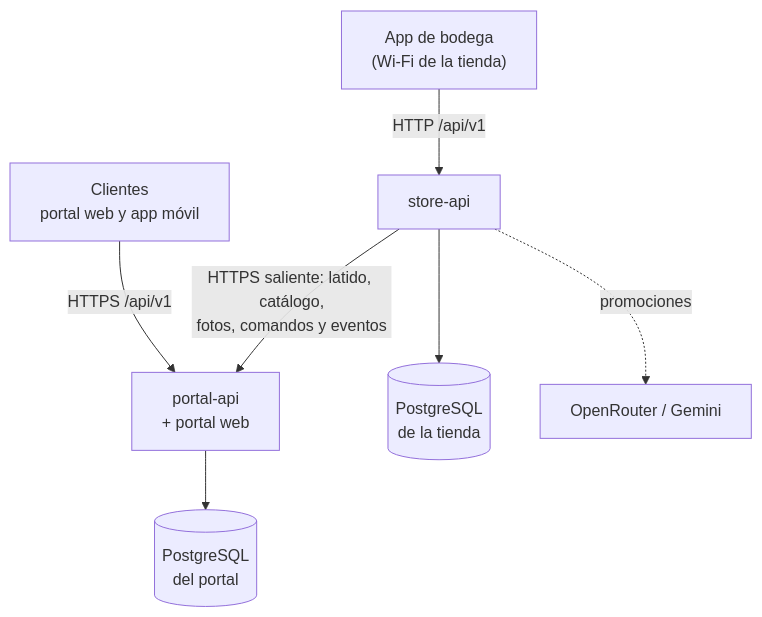
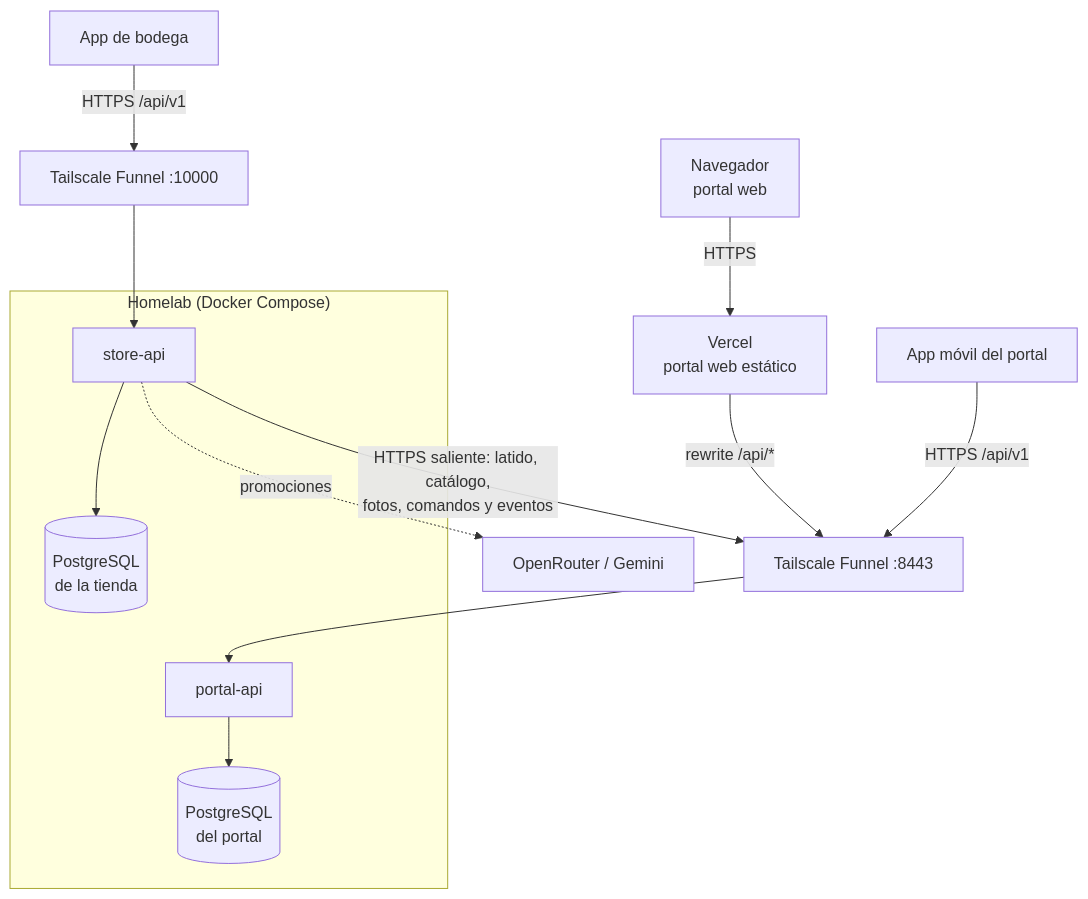
The first of 3 diagrams in README.md (kiramman-mp3/EcosistemaKaren), drawn with Mermaid before and after one commit. The commit also changed other lines of this file, not shown here.

Commit message:
docs: update README for the v1.0.0 homelab and Vercel deployment

````diff
--- a/README.md
+++ b/README.md
@@ -93,9 +97,15 @@
 ```mermaid
 graph TD
-    Cliente["Clientes<br/>portal web y app móvil"] -->|"HTTPS /api/v1"| Portal["portal-api<br/>+ portal web"]
-    Portal --> DBPortal[("PostgreSQL<br/>del portal")]
-    Bodega["App de bodega<br/>(Wi-Fi de la tienda)"] -->|"HTTP /api/v1"| Store["store-api"]
-    Store --> DBStore[("PostgreSQL<br/>de la tienda")]
-    Store -->|"HTTPS saliente: latido, catálogo,<br/>fotos, comandos y eventos"| Portal
+    Web["Navegador<br/>portal web"] -->|"HTTPS"| Vercel["Vercel<br/>portal web estático"]
+    Vercel -->|"rewrite /api/*"| FunnelP["Tailscale Funnel :8443"]
+    Movil["App móvil del portal"] -->|"HTTPS /api/v1"| FunnelP
+    Bodega["App de bodega"] -->|"HTTPS /api/v1"| FunnelS["Tailscale Funnel :10000"]
+    subgraph Homelab["Homelab (Docker Compose)"]
+        Portal["portal-api"] --> DBPortal[("PostgreSQL<br/>del portal")]
+        Store["store-api"] --> DBStore[("PostgreSQL<br/>de la tienda")]
+    end
+    FunnelP --> Portal
+    FunnelS --> Store
+    Store -->|"HTTPS saliente: latido, catálogo,<br/>fotos, comandos y eventos"| FunnelP
     Store -.->|"promociones"| IA["OpenRouter / Gemini"]
 ```
````
